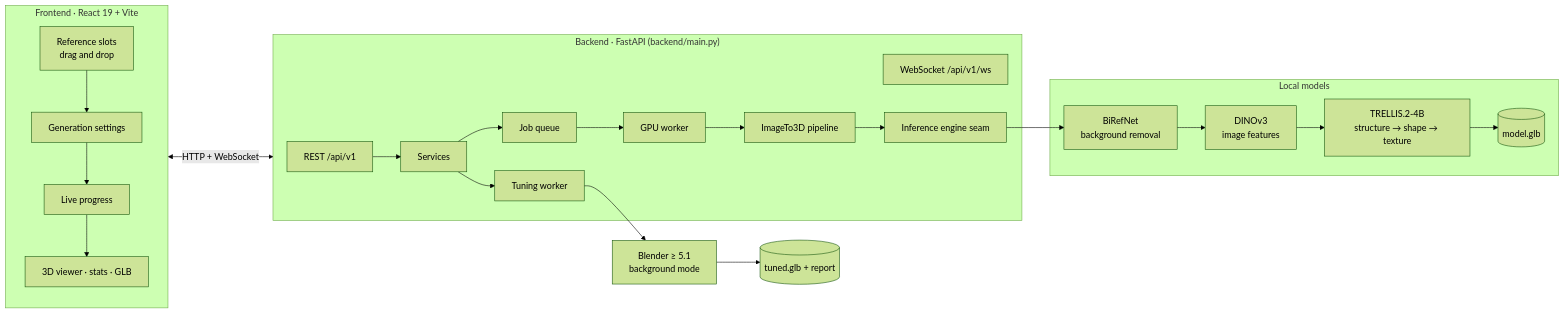
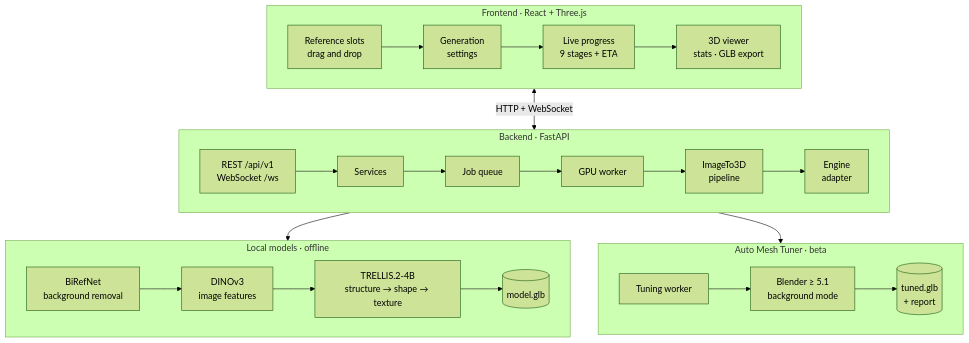
The diagram in README.md (shiwamshoryasharma/Image-3D-object), drawn with Mermaid (forest theme) before and after one commit. The commit also changed other lines of this file, not shown here.

Commit message:
README: compact architecture diagram, fix Usage anchor

````diff
--- a/README.md
+++ b/README.md
@@ -119,28 +119,22 @@
 ```mermaid
-flowchart LR
-    subgraph UI["Frontend · React 19 + Vite"]
-        A["Reference slots<br/>drag and drop"] --> B["Generation settings"]
-        B --> C[Live progress]
-        C --> D["3D viewer · stats · GLB"]
+flowchart TB
+    subgraph UI["Frontend · React + Three.js"]
+        direction LR
+        A["Reference slots<br/>drag and drop"] --> B["Generation<br/>settings"] --> C["Live progress<br/>9 stages + ETA"] --> D["3D viewer<br/>stats · GLB export"]
     end
-
-    subgraph API["Backend · FastAPI (backend/main.py)"]
-        R["REST /api/v1"] --> S[Services]
-        W["WebSocket /api/v1/ws"]
-        S --> Q["Job queue"] --> G["GPU worker"]
-        G --> P["ImageTo3D pipeline"]
-        P --> E["Inference engine seam"]
-        S --> T["Tuning worker"]
+    subgraph API["Backend · FastAPI"]
+        direction LR
+        R["REST /api/v1<br/>WebSocket /ws"] --> S["Services"] --> Q["Job queue"] --> G["GPU worker"] --> P["ImageTo3D<br/>pipeline"] --> E["Engine<br/>adapter"]
     end
-
-    subgraph ENG["Local models"]
-        E --> BR["BiRefNet<br/>background removal"]
-        BR --> DV["DINOv3<br/>image features"]
-        DV --> TR["TRELLIS.2-4B<br/>structure → shape → texture"]
-        TR --> GLB[("model.glb")]
+    subgraph ENG["Local models · offline"]
+        direction LR
+        BR["BiRefNet<br/>background removal"] --> DV["DINOv3<br/>image features"] --> TR["TRELLIS.2-4B<br/>structure → shape → texture"] --> GLB[("model.glb")]
     end
-
-    T --> BL["Blender ≥ 5.1<br/>background mode"] --> TG[("tuned.glb + report")]
-
-    UI <-->|HTTP + WebSocket| API
+    subgraph TUNE["Auto Mesh Tuner · beta"]
+        direction LR
+        TW["Tuning worker"] --> BL["Blender ≥ 5.1<br/>background mode"] --> TG[("tuned.glb<br/>+ report")]
+    end
+    UI <-->|"HTTP + WebSocket"| API
+    API --> ENG
+    API --> TUNE
 ```
````
